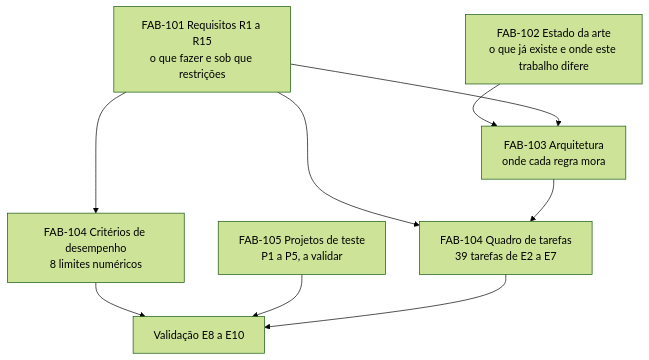
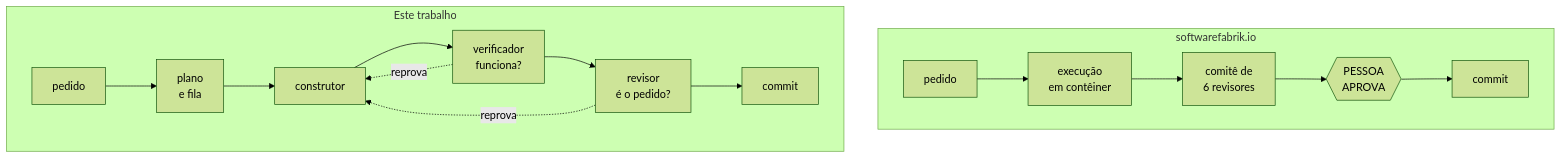
One commit to enzoconsulo/Generic-Multi-Agents changed the third of 9 diagrams in apresentacao-orientador/roteiros-de-estudo/fonte/E1.md. Above: the diagram before and after it, drawn with Mermaid (forest theme). The commit also changed other lines of this file and 13 other files, not shown here.

````diff
--- a/apresentacao-orientador/roteiros-de-estudo/fonte/E1.md
+++ b/apresentacao-orientador/roteiros-de-estudo/fonte/E1.md
@@ -51,18 +111,13 @@
 ```mermaid
 flowchart TB
-    EA["FAB-102 Estado da arte<br/>o que já existe e onde este trabalho difere"]
-    R["FAB-101 Requisitos R1 a R15<br/>o que fazer e sob que restrições"]
-    A["FAB-103 Arquitetura<br/>onde cada regra mora"]
-    C["FAB-104 Critérios de desempenho<br/>8 limites numéricos"]
-    T["FAB-104 Quadro de tarefas<br/>39 tarefas de E2 a E7"]
-    P["FAB-105 Projetos de teste<br/>P1 a P5, a validar"]
-    V["Validação E8 a E10"]
-    EA --> A
-    R --> A
-    R --> T
-    A --> T
-    R --> C
-    C --> V
-    P --> V
-    T --> V
+    subgraph SF["softwarefabrik.io"]
+        direction LR
+        a1["pedido"] --> a2["execução<br/>em contêiner"] --> a3["comitê de<br/>6 revisores"] --> a4{{"PESSOA<br/>APROVA"}} --> a5["commit"]
+    end
+    subgraph EU["Este trabalho"]
+        direction LR
+        b1["pedido"] --> b2["plano<br/>e fila"] --> b3["construtor"] --> b4["verificador<br/>funciona?"] --> b5["revisor<br/>é o pedido?"] --> b6["commit"]
+        b4 -. "reprova" .-> b3
+        b5 -. "reprova" .-> b3
+    end
 ```
````
